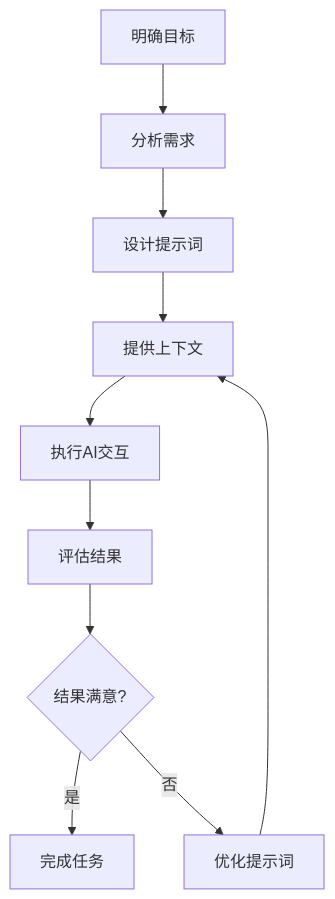
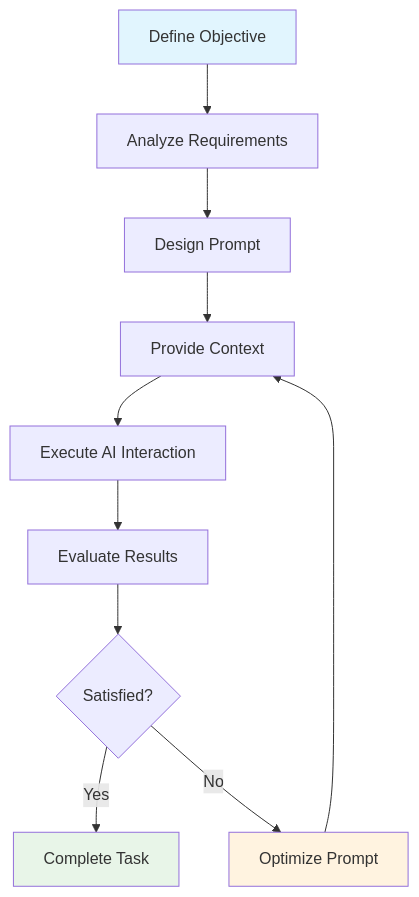
The first of 7 diagrams in versioned_docs/version-2024-winter/basics/prompt-engineering.mdx (ChanMeng666/ai-programming-teaching-project), drawn with Mermaid before and after one commit. The commit also changed other lines of this file and 472 other files, not shown here.

````diff
--- a/versioned_docs/version-2024-winter/basics/prompt-engineering.mdx
+++ b/versioned_docs/version-2024-winter/basics/prompt-engineering.mdx
@@ -18,12 +18,16 @@
 ```mermaid
 graph TD
-    A[明确目标] --> B[分析需求]
-    B --> C[设计提示词]
-    C --> D[提供上下文]
-    D --> E[执行AI交互]
-    E --> F[评估结果]
-    F --> G{结果满意?}
-    G -->|是| H[完成任务]
-    G -->|否| I[优化提示词]
+    A[Define Objective] --> B[Analyze Requirements]
+    B --> C[Design Prompt]
+    C --> D[Provide Context]
+    D --> E[Execute AI Interaction]
+    E --> F[Evaluate Results]
+    F --> G{Satisfied?}
+    G -->|Yes| H[Complete Task]
+    G -->|No| I[Optimize Prompt]
     I --> D
+
+    style A fill:#e1f5fe
+    style H fill:#e8f5e8
+    style I fill:#fff3e0
 ```
````
